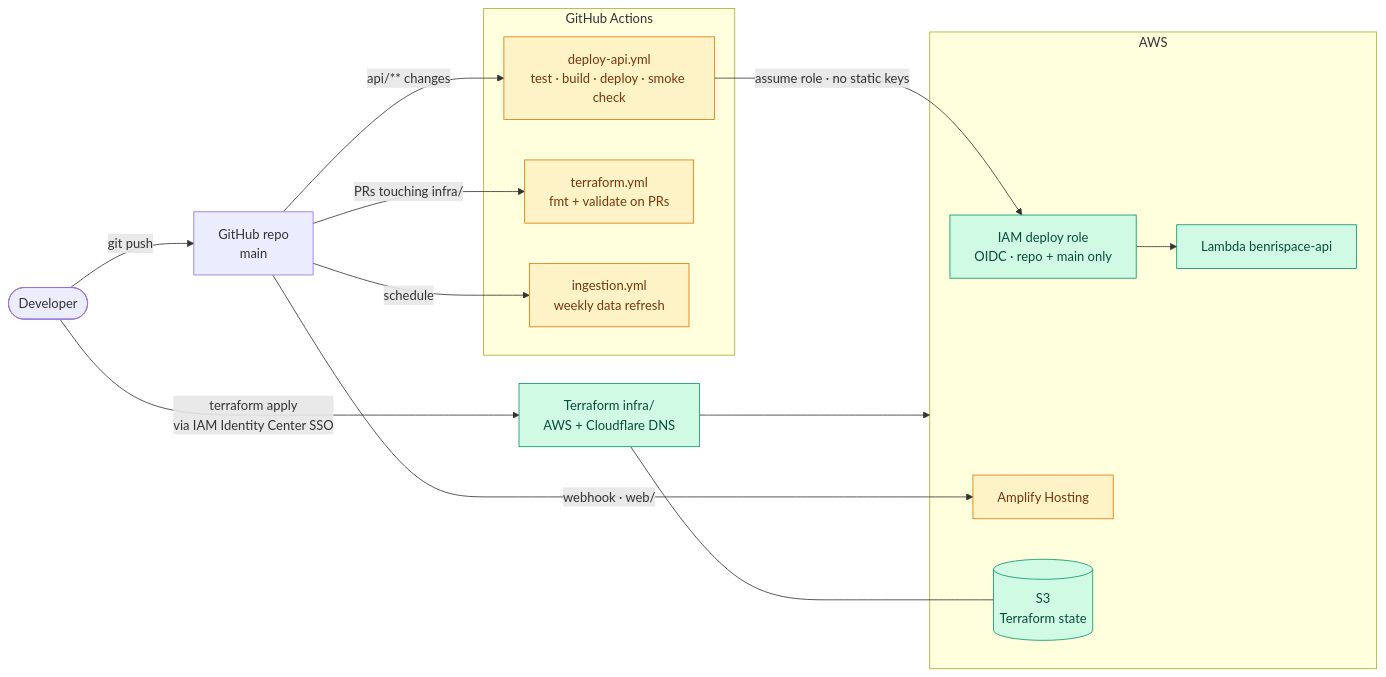
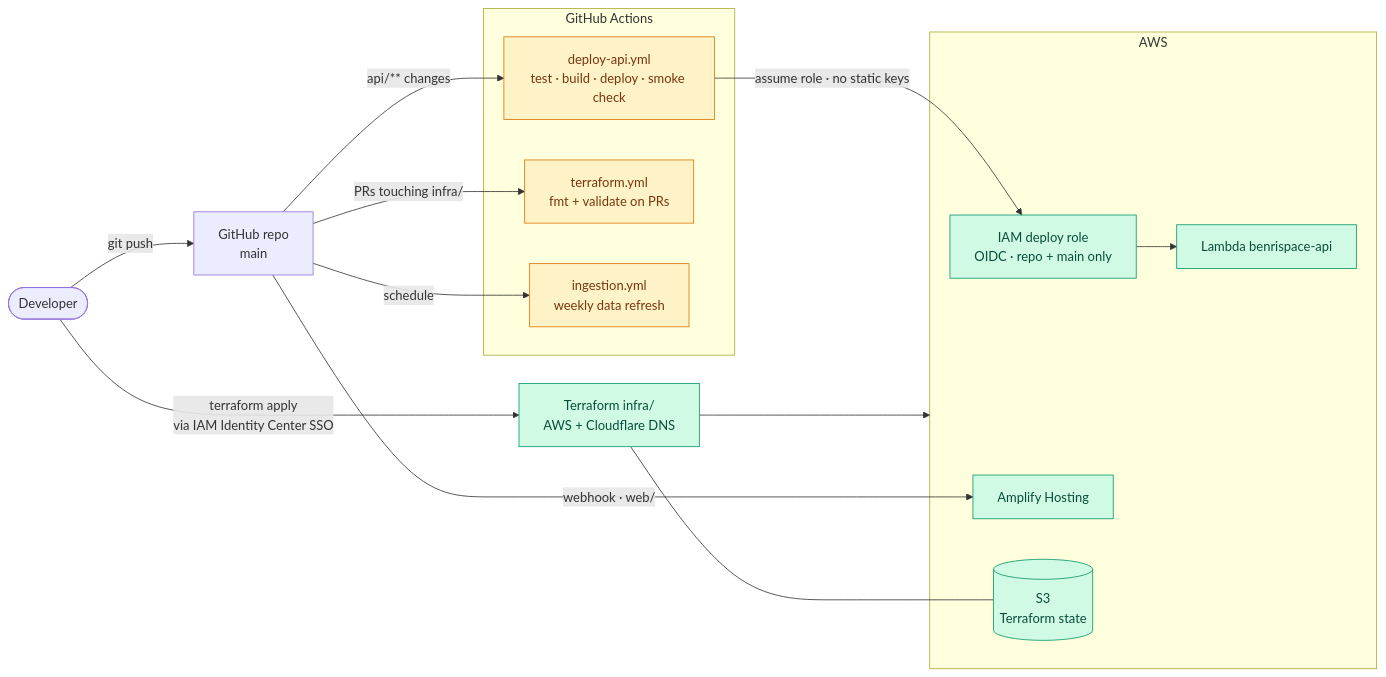
One commit to prajeshgpat/BenriSpace changed the fourth of 4 diagrams in ARCHITECTURE.md. Above: the diagram before and after it, drawn with Mermaid. The commit also changed other lines of this file and 3 other files, not shown here.

````diff
--- a/ARCHITECTURE.md
+++ b/ARCHITECTURE.md
@@ -144,35 +143,35 @@
 ```mermaid
 flowchart LR
   dev(["Developer"])
   gh["GitHub repo<br/>main"]
 
   subgraph ci["GitHub Actions"]
     dep["deploy-api.yml<br/>test · build · deploy · smoke check"]
     tfci["terraform.yml<br/>fmt + validate on PRs"]
     ing["ingestion.yml<br/>weekly data refresh"]
   end
 
   subgraph aws["AWS"]
     role["IAM deploy role<br/>OIDC · repo + main only"]
     lam["Lambda benrispace-api"]
     amp["Amplify Hosting"]
     tfstate[("S3<br/>Terraform state")]
   end
 
   tf["Terraform infra/<br/>AWS + Cloudflare DNS"]
 
   dev -- "git push" --> gh
   gh -- "api/** changes" --> dep
   gh -- "PRs touching infra/" --> tfci
   gh -- "schedule" --> ing
   gh -- "webhook · web/" --> amp
   dep -- "assume role · no static keys" --> role --> lam
   dev -- "terraform apply<br/>via IAM Identity Center SSO" --> tf
   tf --> aws
   tf --- tfstate
 
   classDef live fill:#d1fae5,stroke:#059669,color:#064e3b
   classDef pending fill:#fef3c7,stroke:#d97706,color:#78350f
-  class role,lam,tfstate,tf live
-  class dep,tfci,ing,amp pending
+  class role,lam,amp,tfstate,tf live
+  class dep,tfci,ing pending
 ```
````
